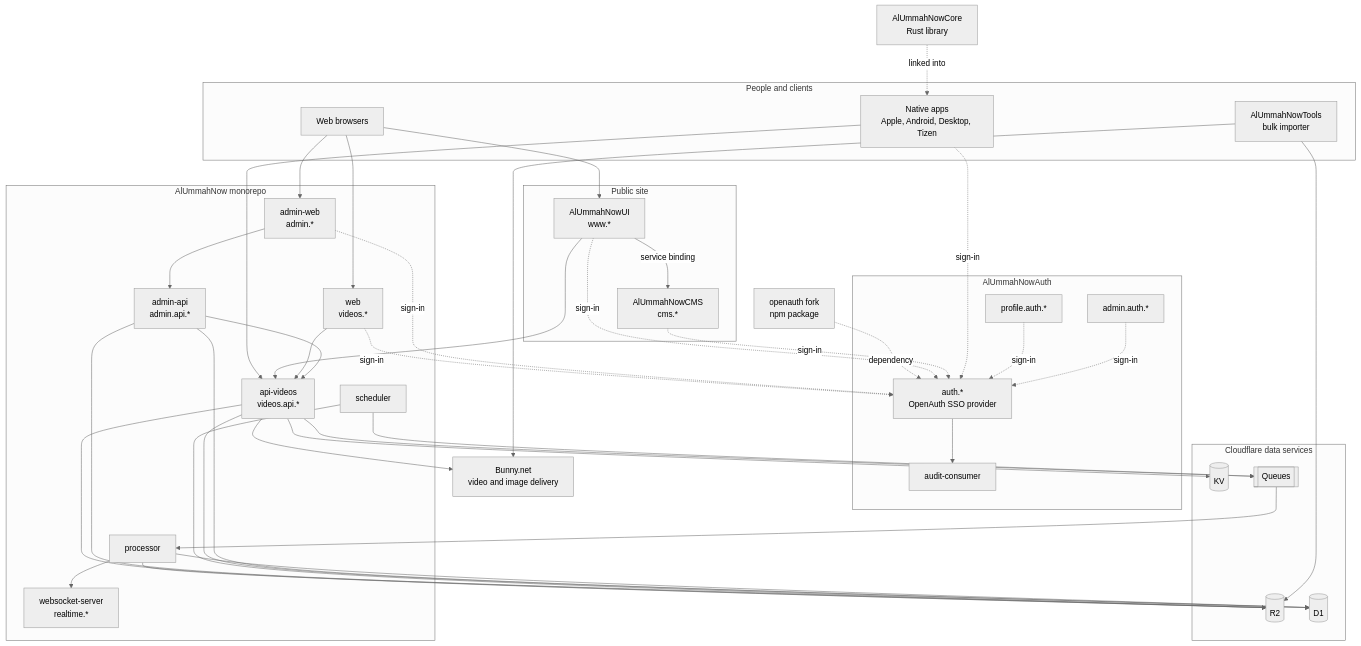
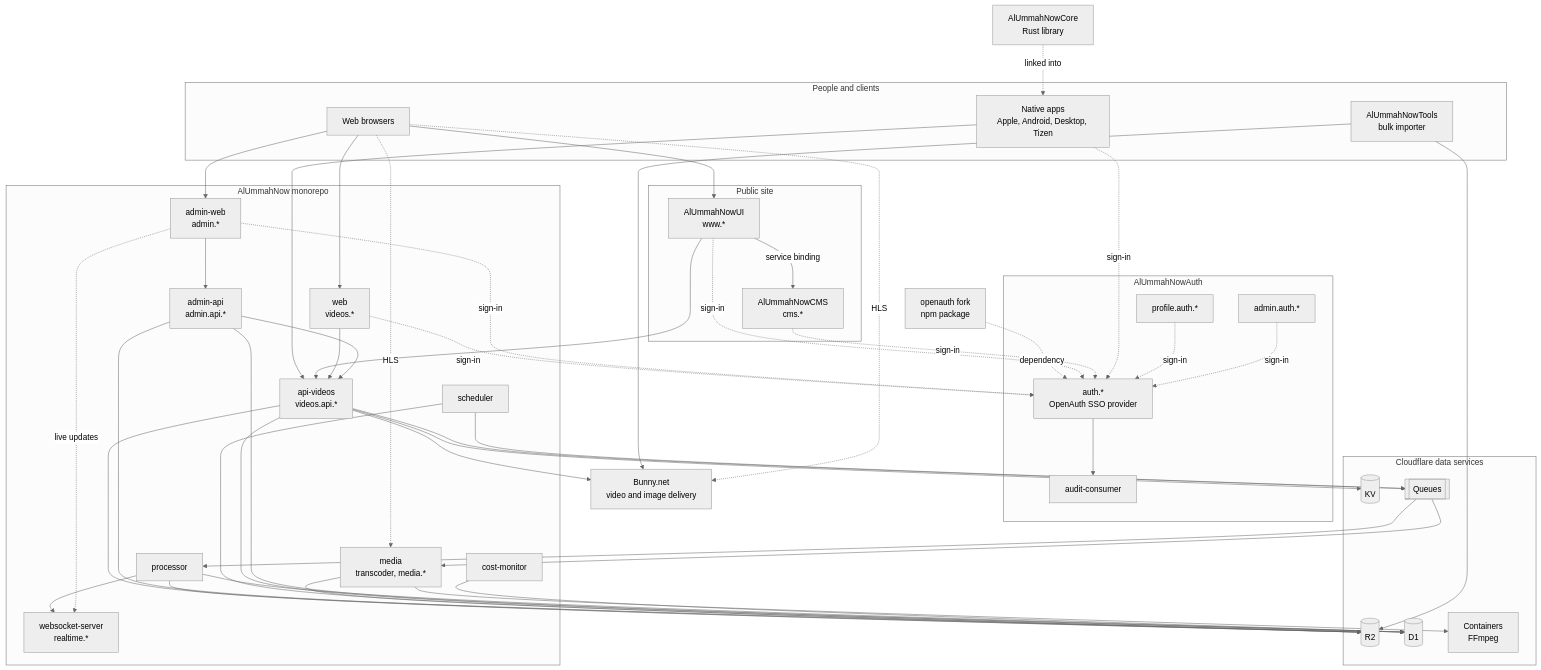
Before and after one commit to Al-Ummah-Now/AlUmmahNowWiki: the diagram in README.md, drawn with Mermaid (neutral theme). The commit also changed other lines of this file and 49 other files, not shown here.

````diff
--- a/README.md
+++ b/README.md
@@ -73,6 +77,8 @@
         processor["processor"]
         realtime["websocket-server<br/>realtime.*"]
         scheduler["scheduler"]
+        media["media<br/>transcoder, media.*"]
+        costmon["cost-monitor"]
     end
 
     subgraph cloudflare["Cloudflare data services"]
@@ -80,6 +86,7 @@
         d1[("D1")]
         kv[("KV")]
         queues[["Queues"]]
+        containers["Containers<br/>FFmpeg"]
     end
 
     bunny["Bunny.net<br/>video and image delivery"]
@@ -123,4 +130,11 @@
     processor --> realtime
     scheduler --> r2
     scheduler --> queues
+    queues --> media
+    media --> containers
+    media --> r2
+    browser -. "HLS" .-> media
+    browser -. "HLS" .-> bunny
+    adminweb -. "live updates" .-> realtime
+    costmon --> d1
 ```
````
